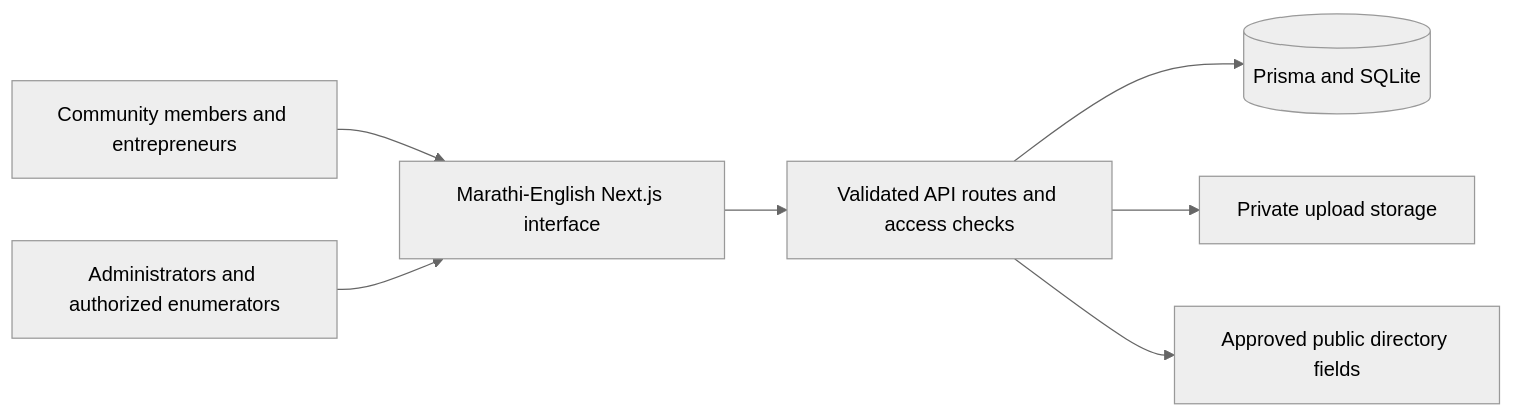
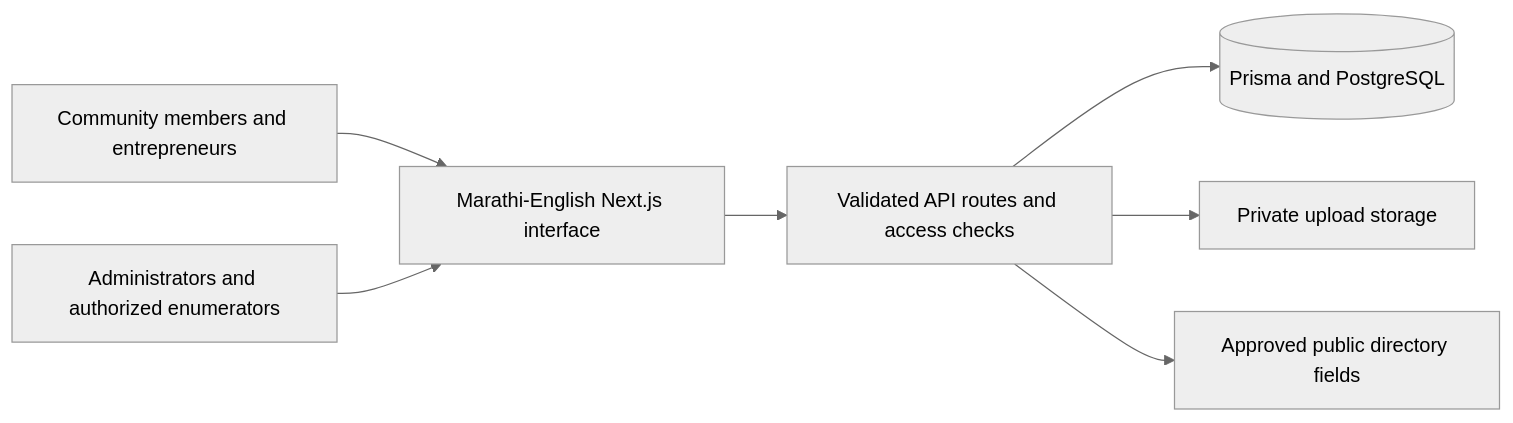
The diagram in README.md (harshgavandit/agri-samaj-community-platform), drawn with Mermaid (neutral theme) before and after one commit. The commit also changed other lines of this file and 33 other files, not shown here.

First line of the commit message:
Migrate community platform to PostgreSQL and deploy on Vercel

````diff
--- a/README.md
+++ b/README.md
@@ -32,9 +34,9 @@
 ```mermaid
 flowchart LR
     Visitors[Community members and entrepreneurs] --> UI[Marathi-English Next.js interface]
     Admins[Administrators and authorized enumerators] --> UI
     UI --> API[Validated API routes and access checks]
-    API --> DB[(Prisma and SQLite)]
+    API --> DB[(Prisma and PostgreSQL)]
     API --> Files[Private upload storage]
     API --> Public[Approved public directory fields]
 ```
````
